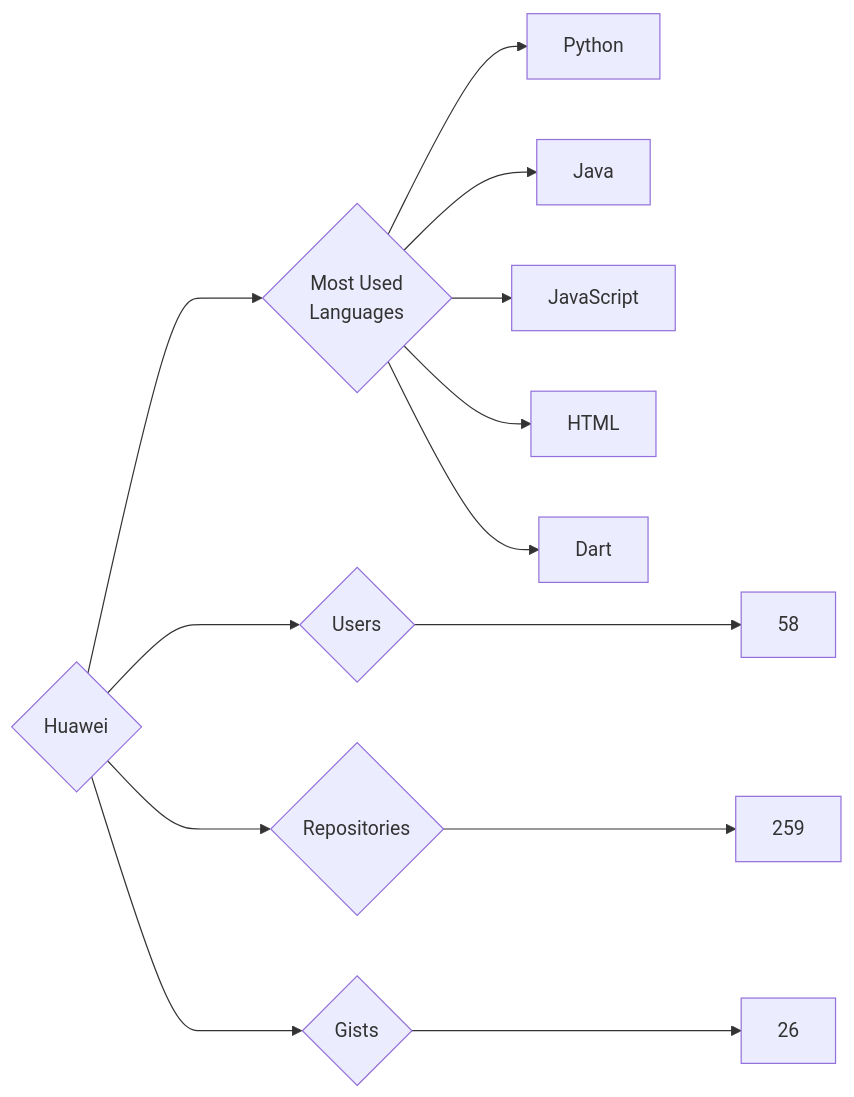
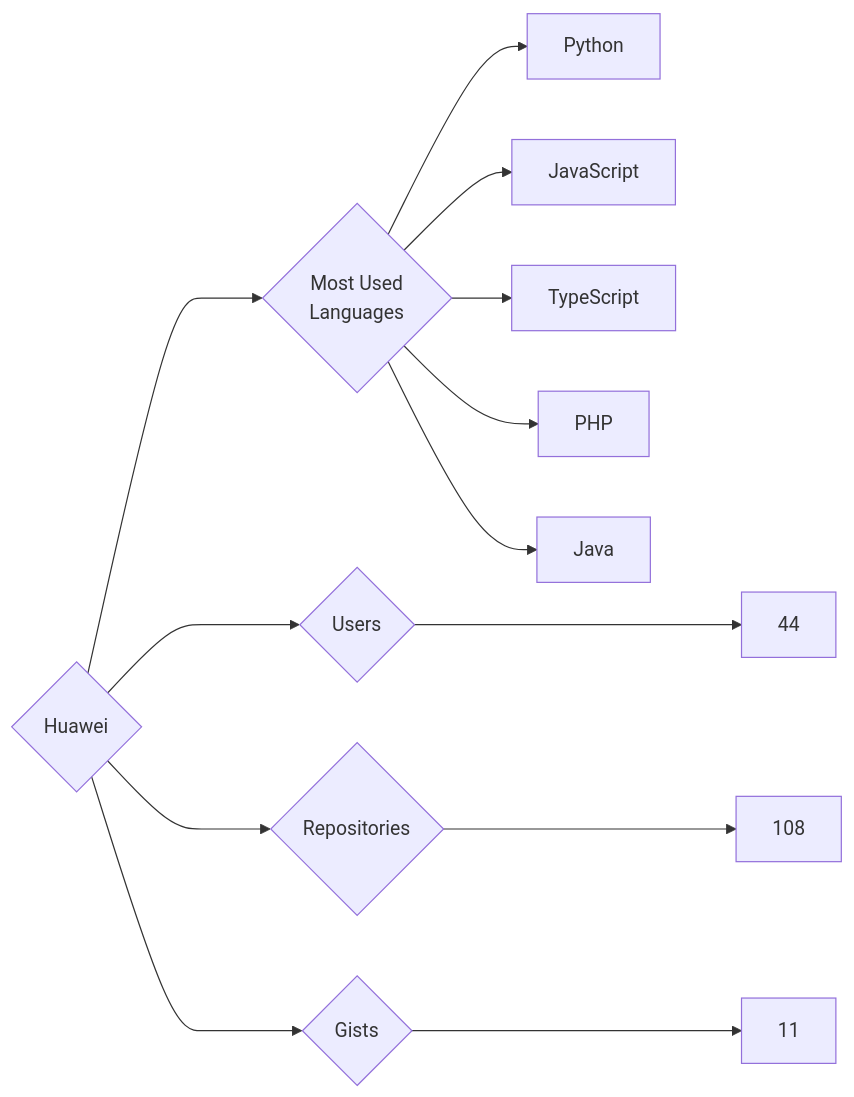
The diagram in targets/Huawei/README.md (trickest/insiders), drawn with Mermaid before and after one commit. The commit also changed 888 other files, not shown here.

````diff
--- a/targets/Huawei/README.md
+++ b/targets/Huawei/README.md
@@ -3,13 +3,13 @@
 ```mermaid
 graph LR
 COMPANY_NAME{Huawei}
-COMPANY_NAME ---> U{Users} ---> UN[58]
-COMPANY_NAME ---> R{Repositories} ---> RN[259]
-COMPANY_NAME ---> G{Gists} ---> GN[26]
+COMPANY_NAME ---> U{Users} ---> UN[44]
+COMPANY_NAME ---> R{Repositories} ---> RN[108]
+COMPANY_NAME ---> G{Gists} ---> GN[11]
 COMPANY_NAME ---> ML{Most Used<br>Languages}
 ML --> Python[Python]
+ML --> JavaScript[JavaScript]
+ML --> TypeScript[TypeScript]
+ML --> PHP[PHP]
 ML --> Java[Java]
-ML --> JavaScript[JavaScript]
-ML --> HTML[HTML]
-ML --> Dart[Dart]
 ```
````
